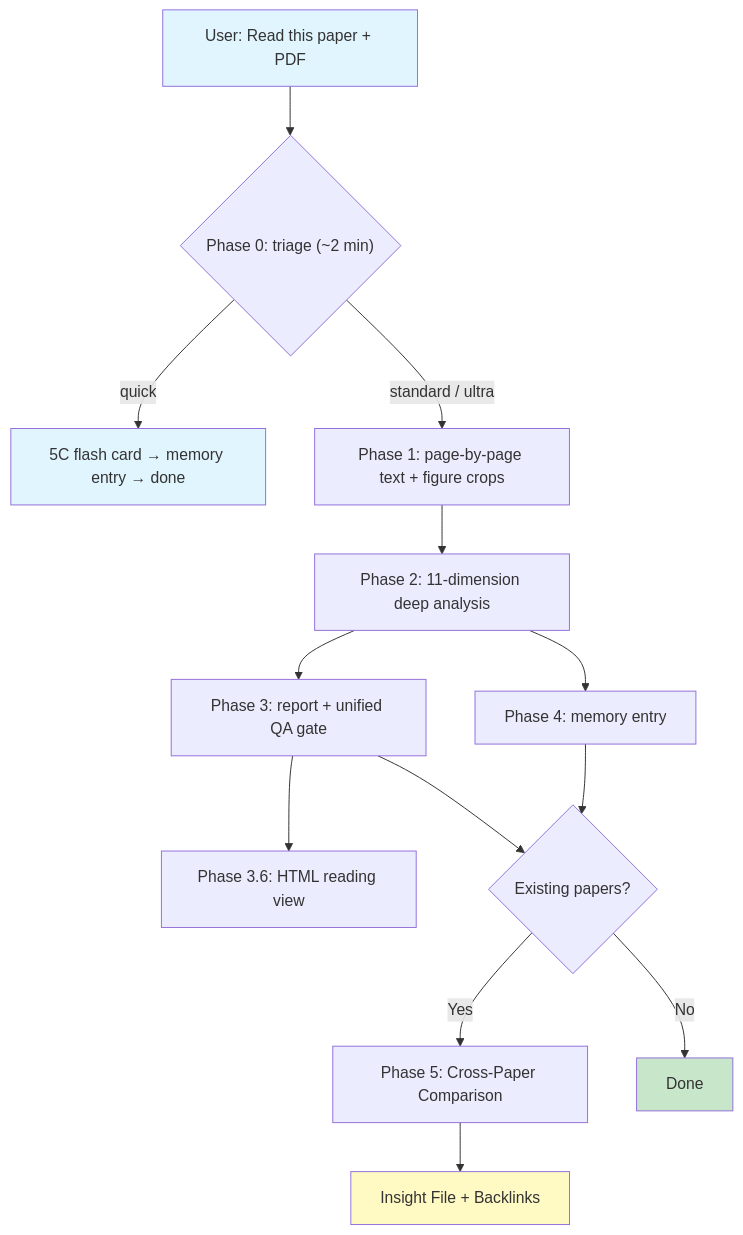
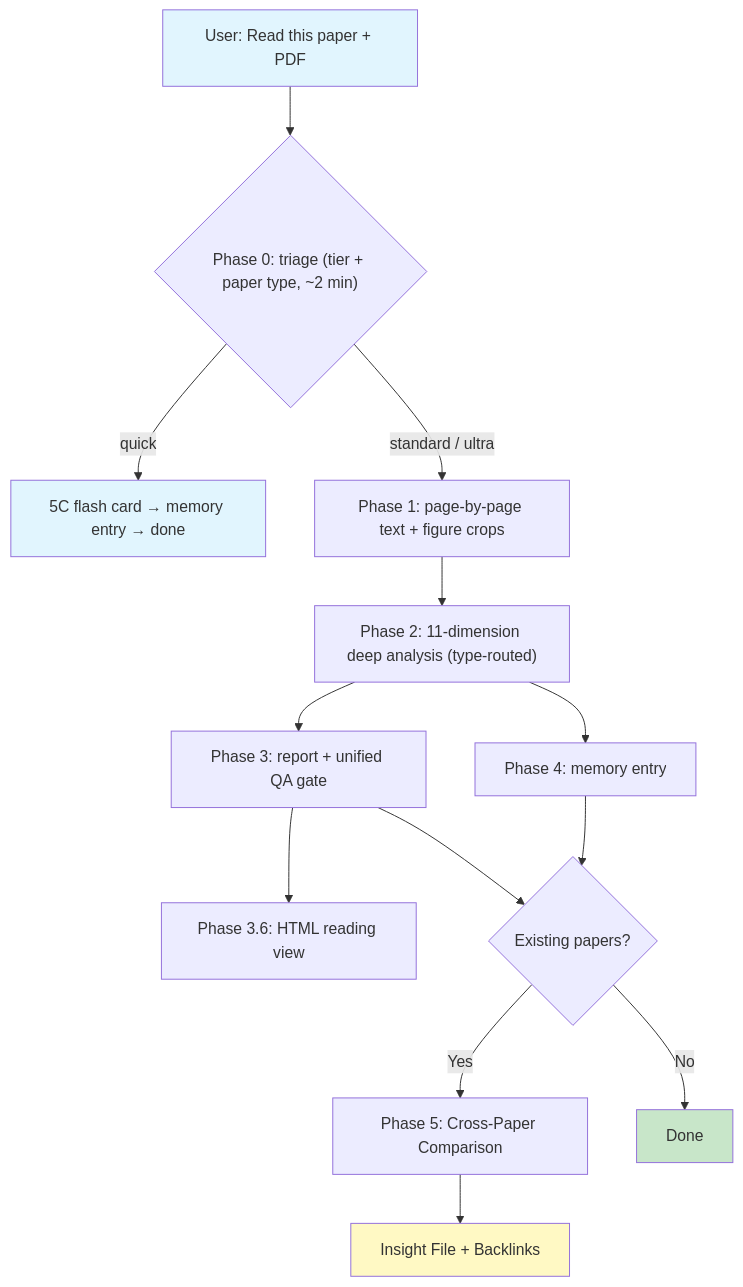
One commit to huyang51/deep_read_paper_skill changed the diagram in README.md. Above: the diagram before and after it, drawn with Mermaid. The commit also changed other lines of this file and 5 other files, not shown here.

````diff
--- a/README.md
+++ b/README.md
@@ -53,20 +54,20 @@
 ```mermaid
 graph TD
-    A["User: Read this paper + PDF"] --> T{"Phase 0: triage (~2 min)"}
+    A["User: Read this paper + PDF"] --> T{"Phase 0: triage (tier + paper type, ~2 min)"}
     T -->|"quick"| Q["5C flash card → memory entry → done"]
     T -->|"standard / ultra"| B["Phase 1: page-by-page text + figure crops"]
-    B --> C["Phase 2: 11-dimension deep analysis"]
+    B --> C["Phase 2: 11-dimension deep analysis (type-routed)"]
     C --> D["Phase 3: report + unified QA gate"]
     C --> E["Phase 4: memory entry"]
     D --> R["Phase 3.6: HTML reading view"]
     D --> F{"Existing papers?"}
     E --> F
     F -->|"Yes"| G["Phase 5: Cross-Paper Comparison"]
     F -->|"No"| H["Done"]
     G --> I["Insight File + Backlinks"]
 
     style A fill:#e1f5fe
     style Q fill:#e1f5fe
     style H fill:#c8e6c9
     style I fill:#fff9c4
 ```
````
